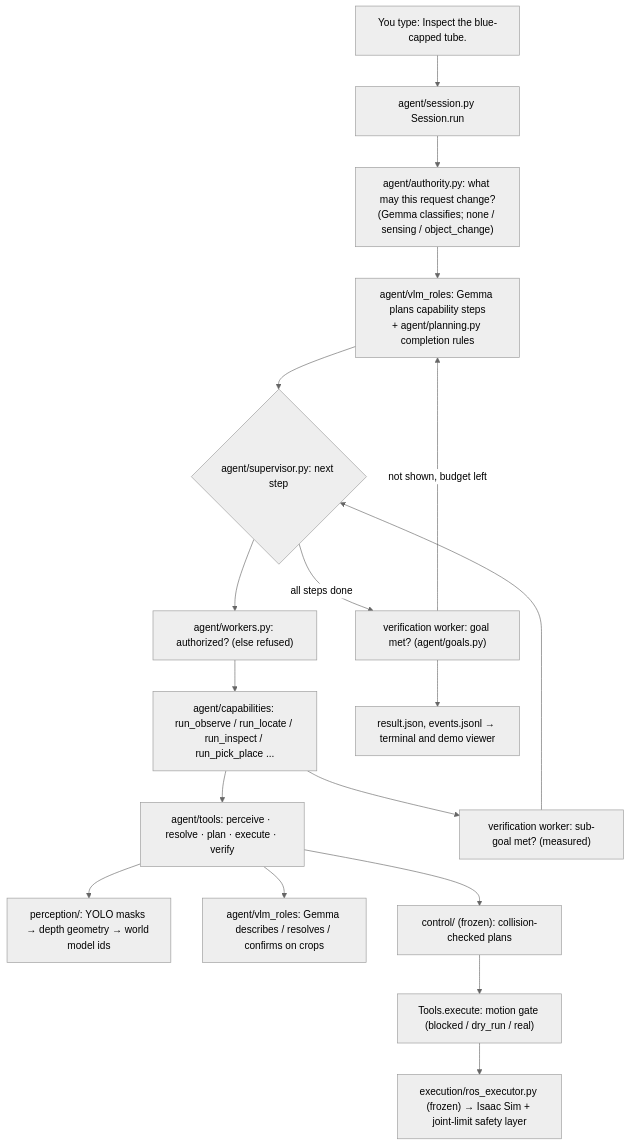
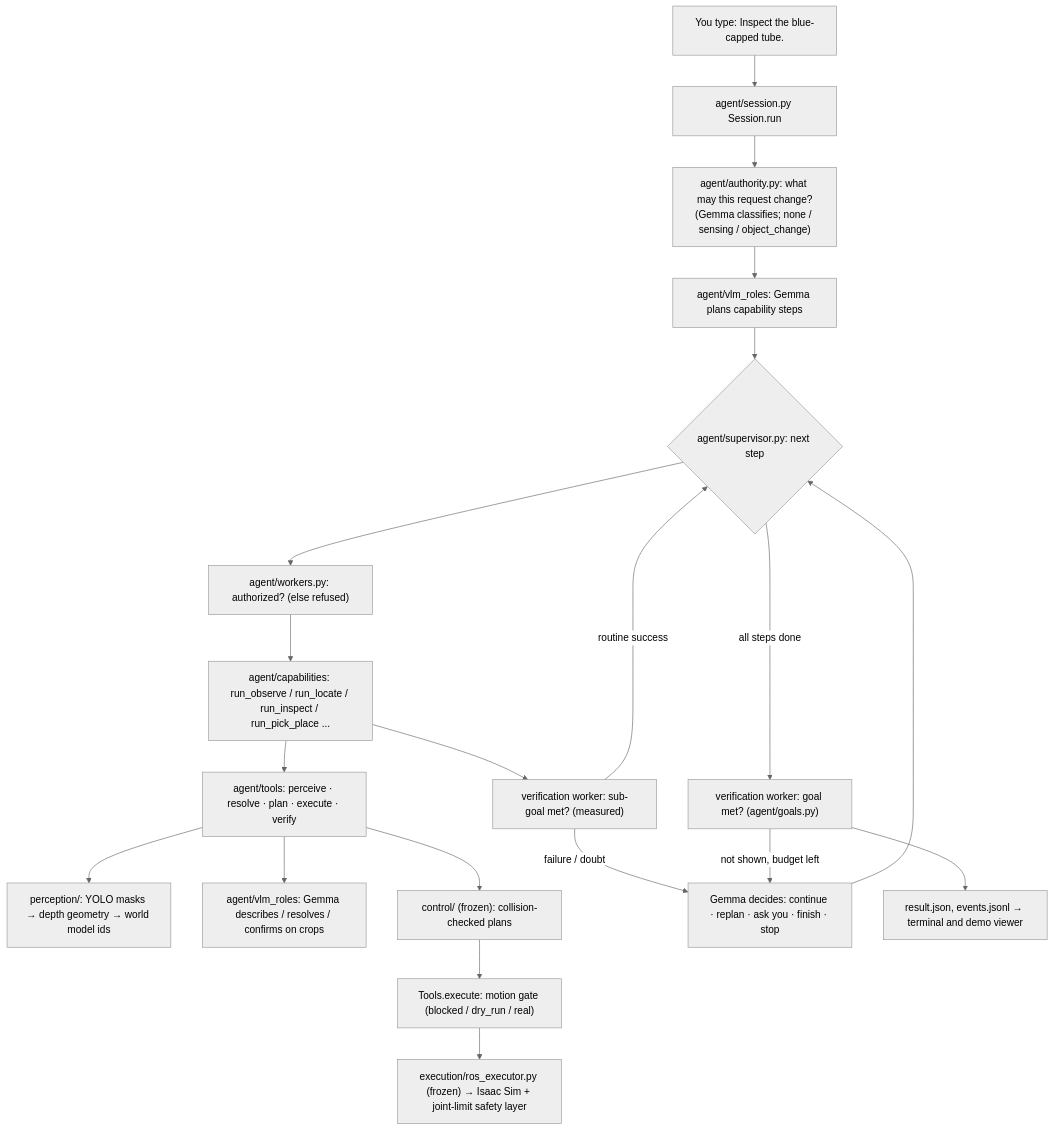
The diagram in README.md (mahnoorkhalid369/MAVLA-RTM), drawn with Mermaid (neutral theme) before and after one commit. The commit also changed other lines of this file and 4 other files, not shown here.

````diff
--- a/README.md
+++ b/README.md
@@ -100,20 +101,22 @@
 ```mermaid
 flowchart TD
   U["You type: Inspect the blue-capped tube."] --> S["agent/session.py Session.run"]
   S --> A["agent/authority.py: what may this request change?\n(Gemma classifies; none / sensing / object_change)"]
-  A --> P["agent/vlm_roles: Gemma plans capability steps\n+ agent/planning.py completion rules"]
+  A --> P["agent/vlm_roles: Gemma plans capability steps"]
   P --> D{"agent/supervisor.py: next step"}
   D --> W["agent/workers.py: authorized? (else refused)"]
   W --> C["agent/capabilities: run_observe / run_locate / run_inspect / run_pick_place ..."]
   C --> T["agent/tools: perceive · resolve · plan · execute · verify"]
   T --> Y["perception/: YOLO masks → depth geometry → world model ids"]
   T --> G["agent/vlm_roles: Gemma describes / resolves / confirms on crops"]
   T --> M["control/ (frozen): collision-checked plans"]
   M --> X["Tools.execute: motion gate (blocked / dry_run / real)"]
   X --> R["execution/ros_executor.py (frozen) → Isaac Sim + joint-limit safety layer"]
   C --> VW["verification worker: sub-goal met? (measured)"]
-  VW --> D
+  VW -->|routine success| D
+  VW -->|failure / doubt| GD["Gemma decides: continue · replan · ask you · finish · stop"]
+  GD --> D
   D -->|all steps done| V["verification worker: goal met? (agent/goals.py)"]
-  V -->|not shown, budget left| P
+  V -->|not shown, budget left| GD
   V --> O["result.json, events.jsonl → terminal and demo viewer"]
 ```
````
